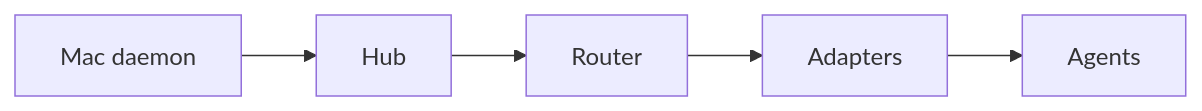
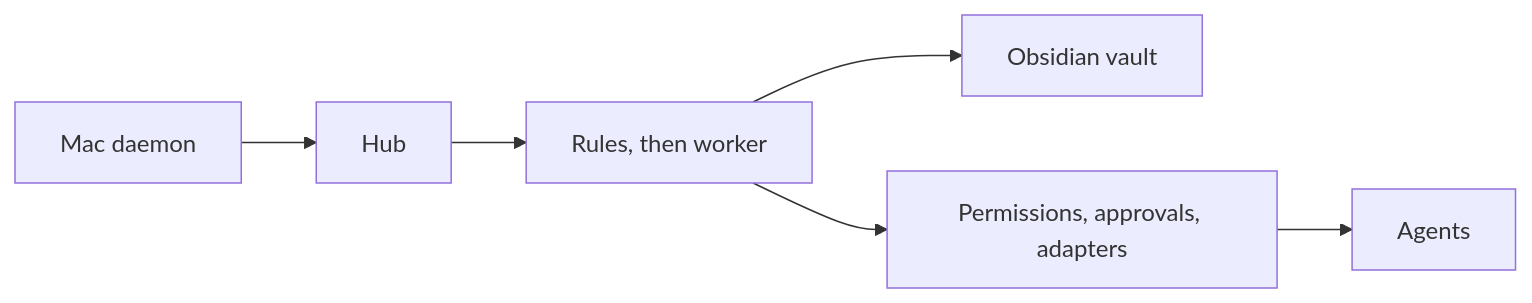
One commit to Vedthakar/agent-hub changed the diagram in README.md. Above: the diagram before and after it, drawn with Mermaid. The commit also changed other lines of this file and 53 other files, not shown here.

First line of the commit message:
Remove the hub's own LLM; add background worker, Obsidian vault and text commands

````diff
--- a/README.md
+++ b/README.md
@@ -91,7 +91,8 @@
 ```mermaid
 flowchart LR
   Mac["Mac daemon"] --> Hub["Hub"]
-  Hub --> Router["Router"]
-  Router --> Adapters["Adapters"]
+  Hub --> Router["Rules, then worker"]
+  Router --> Vault["Obsidian vault"]
+  Router --> Adapters["Permissions, approvals, adapters"]
   Adapters --> Agents["Agents"]
 ```
````
